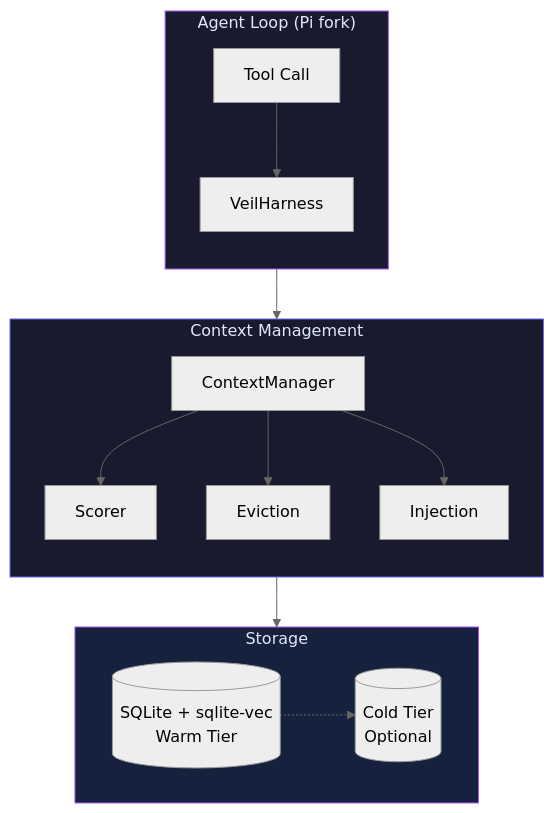
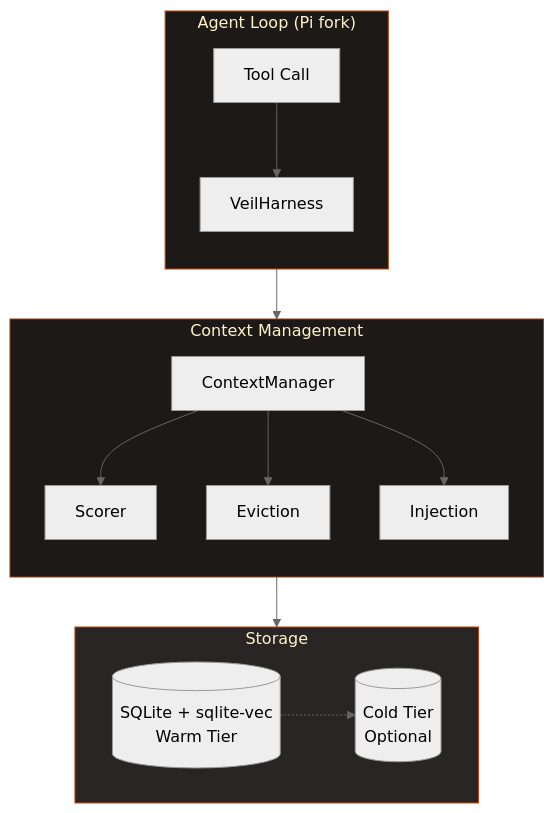
The diagram in README.md (engrammic-ai/veil), drawn with Mermaid (neutral theme) before and after one commit. The commit also changed other lines of this file and 2 other files, not shown here.

Commit message:
docs: rust oxide theme, simpler banner

````diff
--- a/README.md
+++ b/README.md
@@ -90,28 +90,28 @@
 ```mermaid
 flowchart TB
     subgraph AGENT["Agent Loop (Pi fork)"]
         direction TB
         A[Tool Call] --> H[VeilHarness]
     end
 
     subgraph CONTEXT["Context Management"]
         direction TB
         H --> CM[ContextManager]
         CM --> S[Scorer]
         CM --> E[Eviction]
         CM --> I[Injection]
     end
 
     subgraph STORAGE["Storage"]
         direction LR
         W[(SQLite + sqlite-vec<br/>Warm Tier)]
         C[(Cold Tier<br/>Optional)]
     end
 
     CONTEXT --> W
     W -.-> C
 
-    style AGENT fill:#1a1a2e,stroke:#a855f7,color:#e0e7ff
-    style CONTEXT fill:#1a1a2e,stroke:#6366f1,color:#e0e7ff
-    style STORAGE fill:#16213e,stroke:#a855f7,color:#e0e7ff
+    style AGENT fill:#1c1917,stroke:#c2410c,color:#fef3c7
+    style CONTEXT fill:#1c1917,stroke:#92400e,color:#fef3c7
+    style STORAGE fill:#292524,stroke:#c2410c,color:#fef3c7
 ```
````
